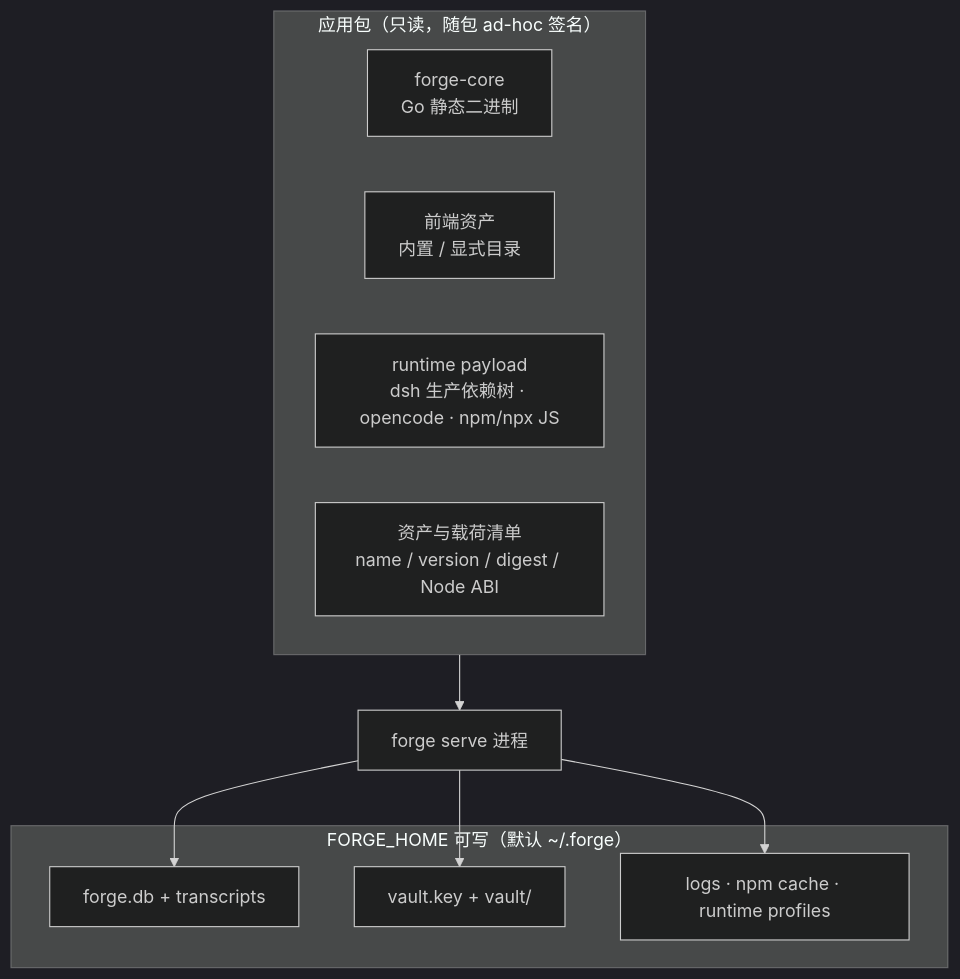
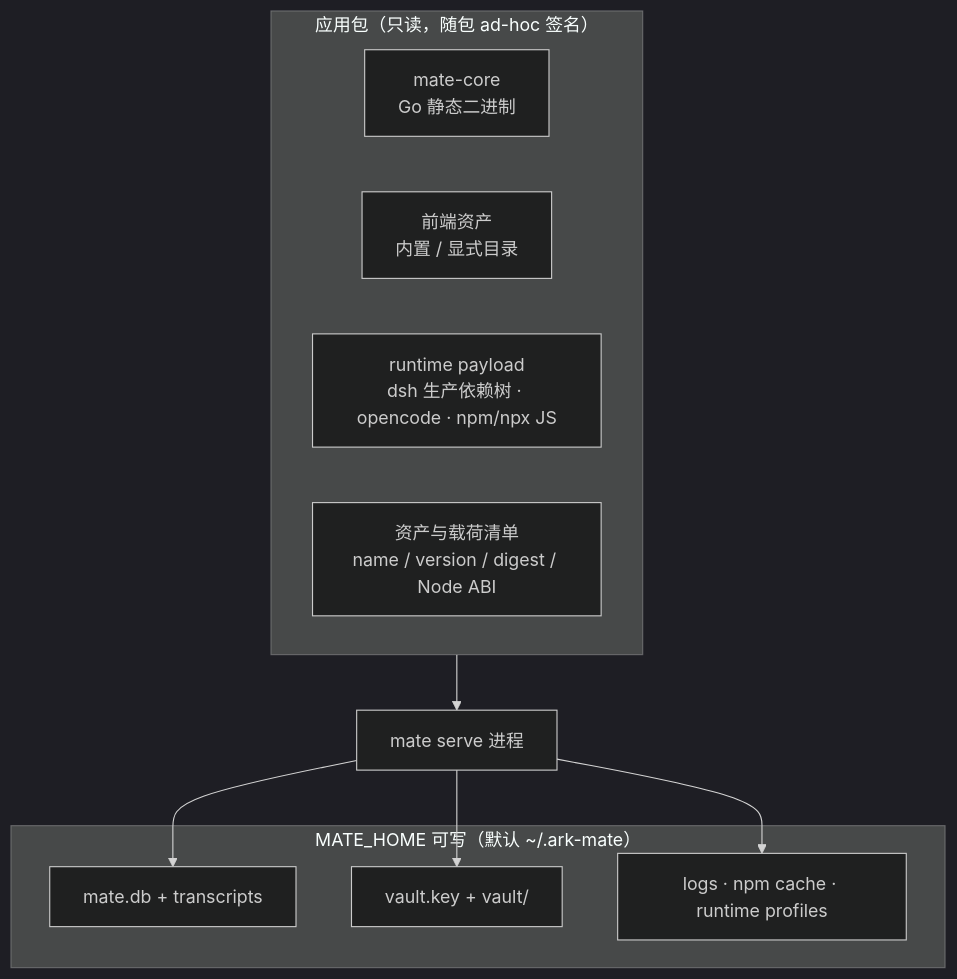
One commit to morehao/ark-mate changed the second of 3 diagrams in docs/desktop-architecture-design-20260928.md. Above: the diagram before and after it, drawn with Mermaid (dark theme). The commit also changed other lines of this file and 442 other files, not shown here.

First line of the commit message:
refactor(rename): 项目改名为 ark-mate，定位换位为个人 Agent (#31)

````diff
--- a/docs/desktop-architecture-design-20260928.md
+++ b/docs/desktop-architecture-design-20260928.md
@@ -294,19 +294,19 @@
 ```mermaid
 graph TB
   subgraph Bundle["应用包（只读，随包 ad-hoc 签名）"]
-    CoreBin["forge-core<br>Go 静态二进制"]
+    CoreBin["mate-core<br>Go 静态二进制"]
     Assets["前端资产<br>内置 / 显式目录"]
     Payload["runtime payload<br>dsh 生产依赖树 · opencode · npm/npx JS"]
     Manifest["资产与载荷清单<br>name / version / digest / Node ABI"]
   end
-  subgraph Home["FORGE_HOME 可写（默认 ~/.forge）"]
-    DB["forge.db + transcripts"]
+  subgraph Home["MATE_HOME 可写（默认 ~/.ark-mate）"]
+    DB["mate.db + transcripts"]
     Vault["vault.key + vault/"]
     State["logs · npm cache · runtime profiles"]
   end
-  Core["forge serve 进程"]
+  Core["mate serve 进程"]
   Bundle --> Core
   Core --> DB
   Core --> Vault
   Core --> State
 ```
````
